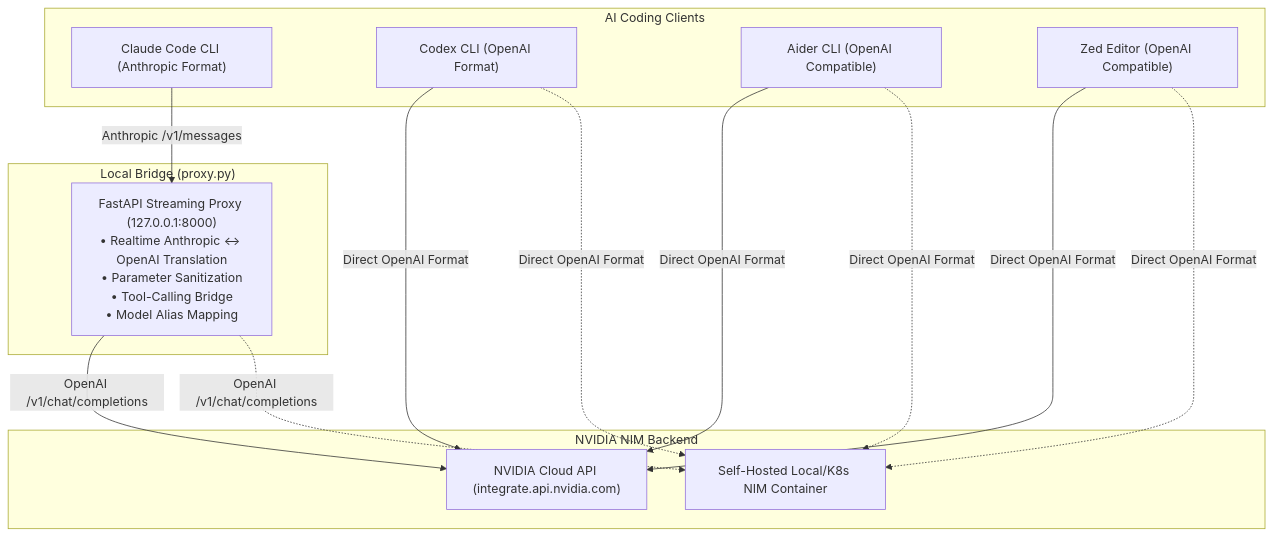
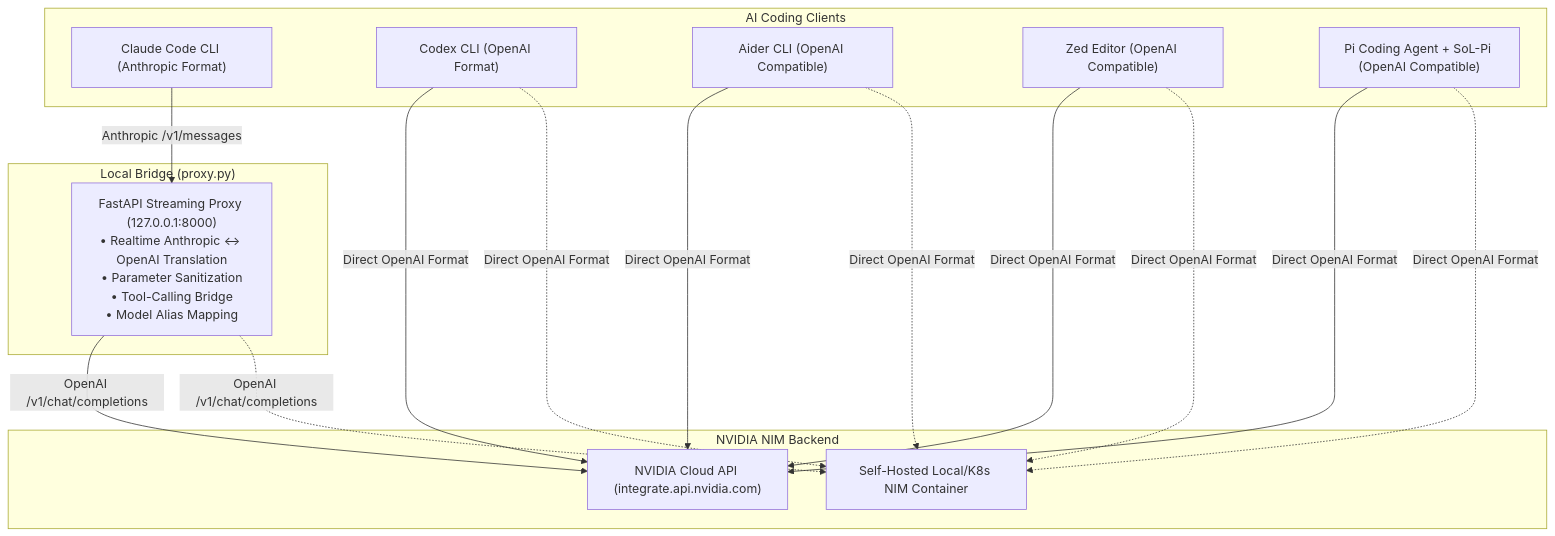
Before and after one commit to hoshank/nim-coding-assistants: the diagram in README.md, drawn with Mermaid. The commit also changed other lines of this file and 20 other files, not shown here.

````diff
--- a/README.md
+++ b/README.md
@@ -14,31 +14,35 @@
 ```mermaid
 graph TD
     subgraph Clients["AI Coding Clients"]
         CC["Claude Code CLI (Anthropic Format)"]
         CX["Codex CLI (OpenAI Format)"]
         AID["Aider CLI (OpenAI Compatible)"]
         ZD["Zed Editor (OpenAI Compatible)"]
+        PI["Pi Coding Agent + SoL-Pi (OpenAI Compatible)"]
     end
 
     subgraph Bridge["Local Bridge (proxy.py)"]
         PRX["FastAPI Streaming Proxy (127.0.0.1:8000)<br/>• Realtime Anthropic ↔ OpenAI Translation<br/>• Parameter Sanitization<br/>• Tool-Calling Bridge<br/>• Model Alias Mapping"]
     end
 
     subgraph NIM["NVIDIA NIM Backend"]
         CAT["NVIDIA Cloud API (integrate.api.nvidia.com)"]
         SH["Self-Hosted Local/K8s NIM Container"]
     end
 
     CC -->|Anthropic /v1/messages| PRX
     PRX -->|OpenAI /v1/chat/completions| CAT
     PRX -.->|OpenAI /v1/chat/completions| SH
 
     CX -->|Direct OpenAI Format| CAT
     CX -.->|Direct OpenAI Format| SH
 
     AID -->|Direct OpenAI Format| CAT
     AID -.->|Direct OpenAI Format| SH
 
     ZD -->|Direct OpenAI Format| CAT
     ZD -.->|Direct OpenAI Format| SH
+
+    PI -->|Direct OpenAI Format| CAT
+    PI -.->|Direct OpenAI Format| SH
 ```
````
